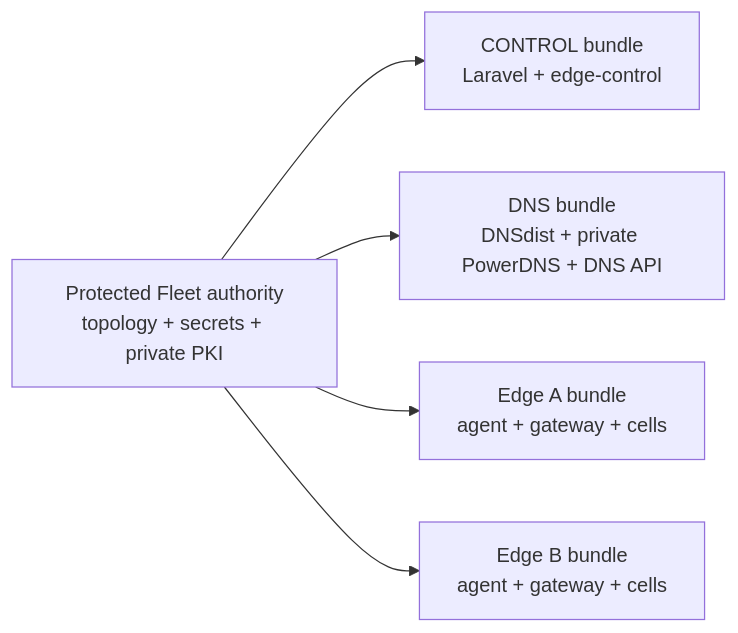
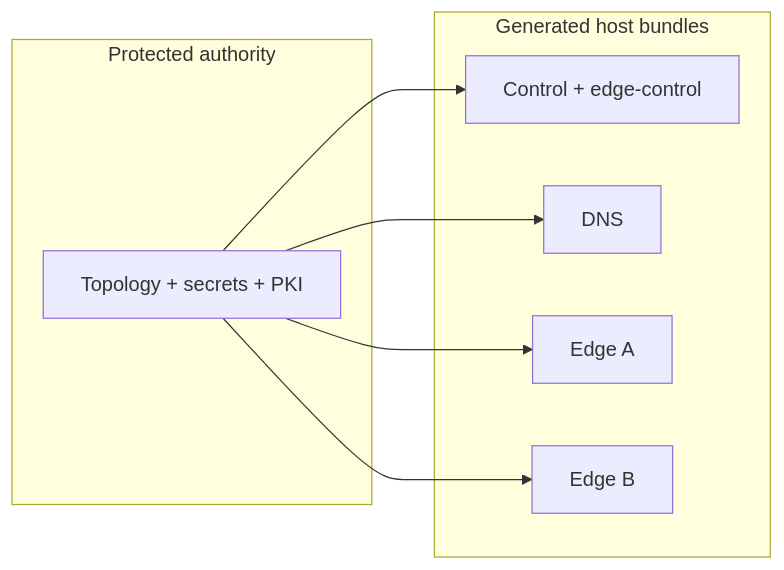
One commit to vaheed/CDNFoundry changed the diagram in docs/deployment/production-fleet-operator-guide.md. Above: the diagram before and after it, drawn with Mermaid. The commit also changed 24 other files, not shown here.

````diff
--- a/docs/deployment/production-fleet-operator-guide.md
+++ b/docs/deployment/production-fleet-operator-guide.md
@@ -8,7 +8,12 @@
 ```mermaid
 flowchart LR
-  A["Protected Fleet authority<br/>topology + secrets + private PKI"] --> C["CONTROL bundle<br/>Laravel + edge-control"]
-  A --> D["DNS bundle<br/>DNSdist + private PowerDNS + DNS API"]
-  A --> E1["Edge A bundle<br/>agent + gateway + cells"]
-  A --> E2["Edge B bundle<br/>agent + gateway + cells"]
+  subgraph Authority["Protected authority"]
+    A["Topology + secrets + PKI"]
+  end
+  subgraph Hosts["Generated host bundles"]
+    A --> C["Control + edge-control"]
+    A --> D["DNS"]
+    A --> E1["Edge A"]
+    A --> E2["Edge B"]
+  end
 ```
````
